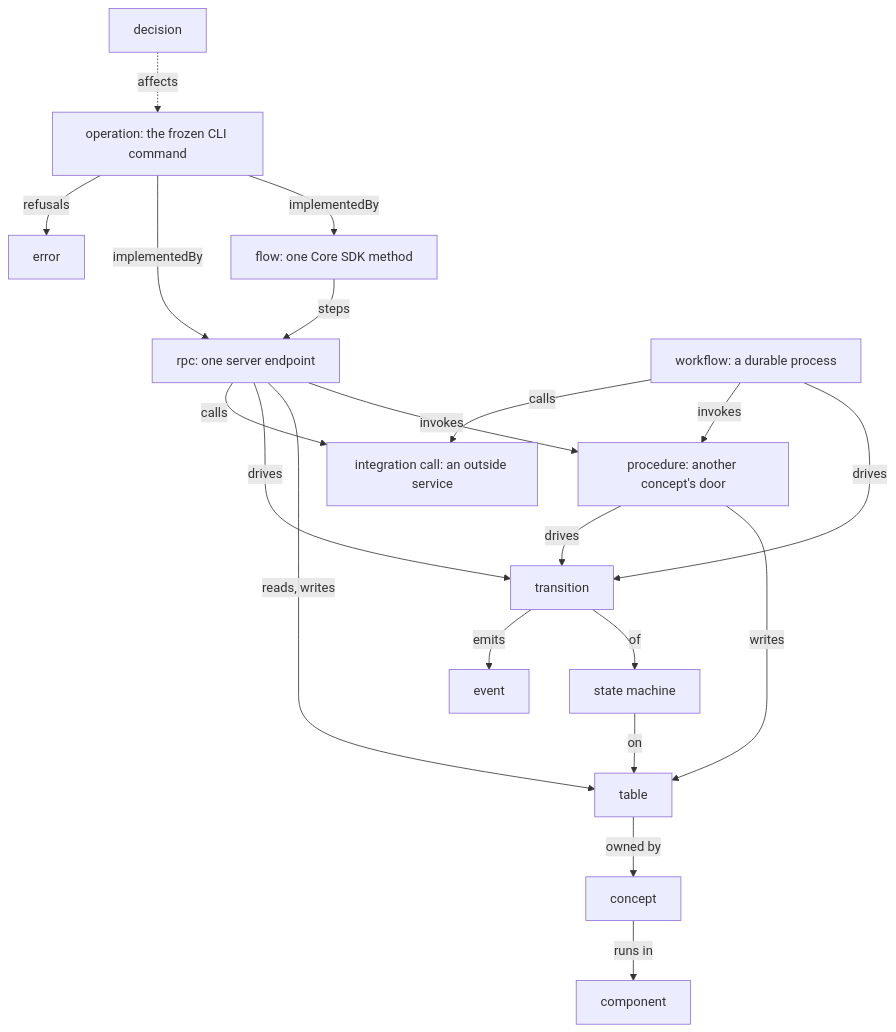
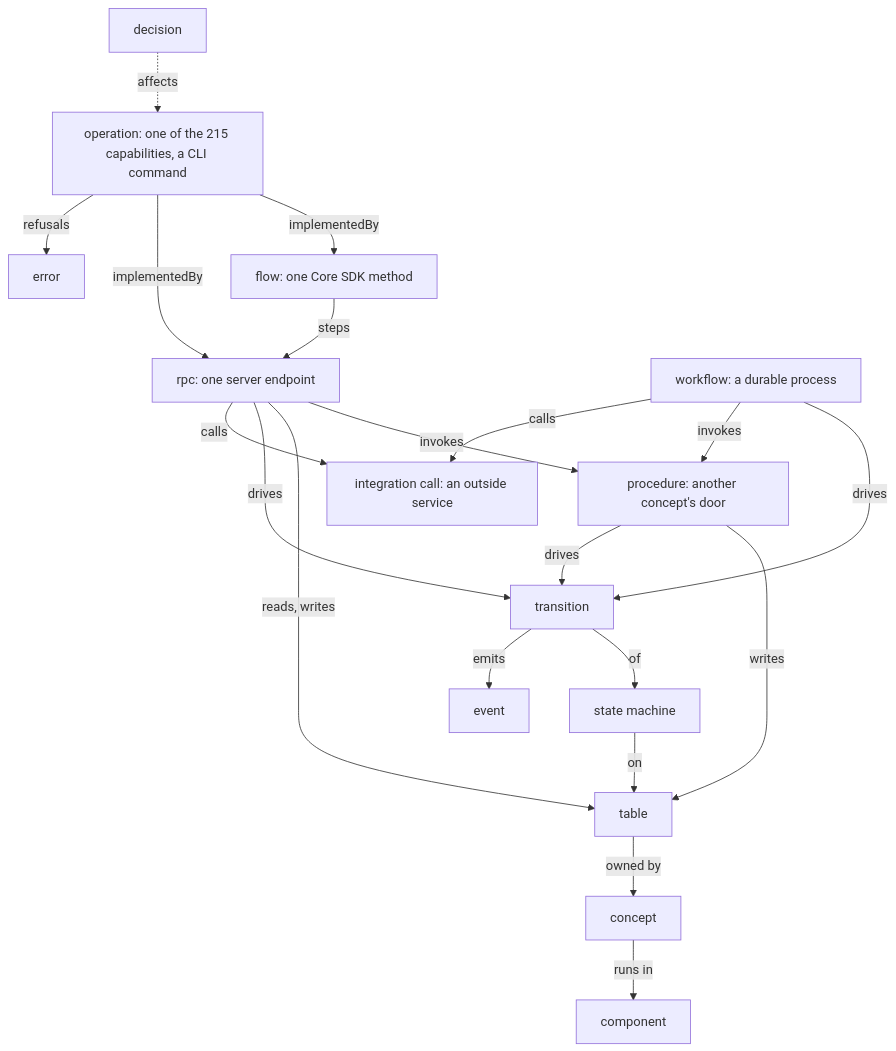
The first of 2 diagrams in docs/design-book.md (AaronAbuUsama/capxul-next), drawn with Mermaid before and after one commit. The commit also changed other lines of this file and 8 other files, not shown here.

````diff
--- a/docs/design-book.md
+++ b/docs/design-book.md
@@ -106,22 +124,22 @@
 ```mermaid
 flowchart TD
-  OP["operation: the frozen CLI command"] -->|implementedBy| FLOW["flow: one Core SDK method"]
+  OP["operation: one of the 215 capabilities, a CLI command"] -->|implementedBy| FLOW["flow: one Core SDK method"]
   OP -->|implementedBy| RPC
   OP -->|refusals| ERR[error]
   FLOW -->|steps| RPC["rpc: one server endpoint"]
   WF["workflow: a durable process"] -->|drives| TRN
   WF -->|invokes| PROC
   WF -->|calls| CALL
   RPC -->|invokes| PROC["procedure: another concept's door"]
   RPC -->|reads, writes| TABLE[table]
   RPC -->|drives| TRN[transition]
   RPC -->|calls| CALL["integration call: an outside service"]
   PROC -->|writes| TABLE
   PROC -->|drives| TRN
   TRN -->|of| MACH["state machine"]
   MACH -->|on| TABLE
   TRN -->|emits| EVT[event]
   TABLE -->|owned by| CON[concept]
   CON -->|runs in| COMP[component]
   DEC[decision] -.->|affects| OP
 ```
````
